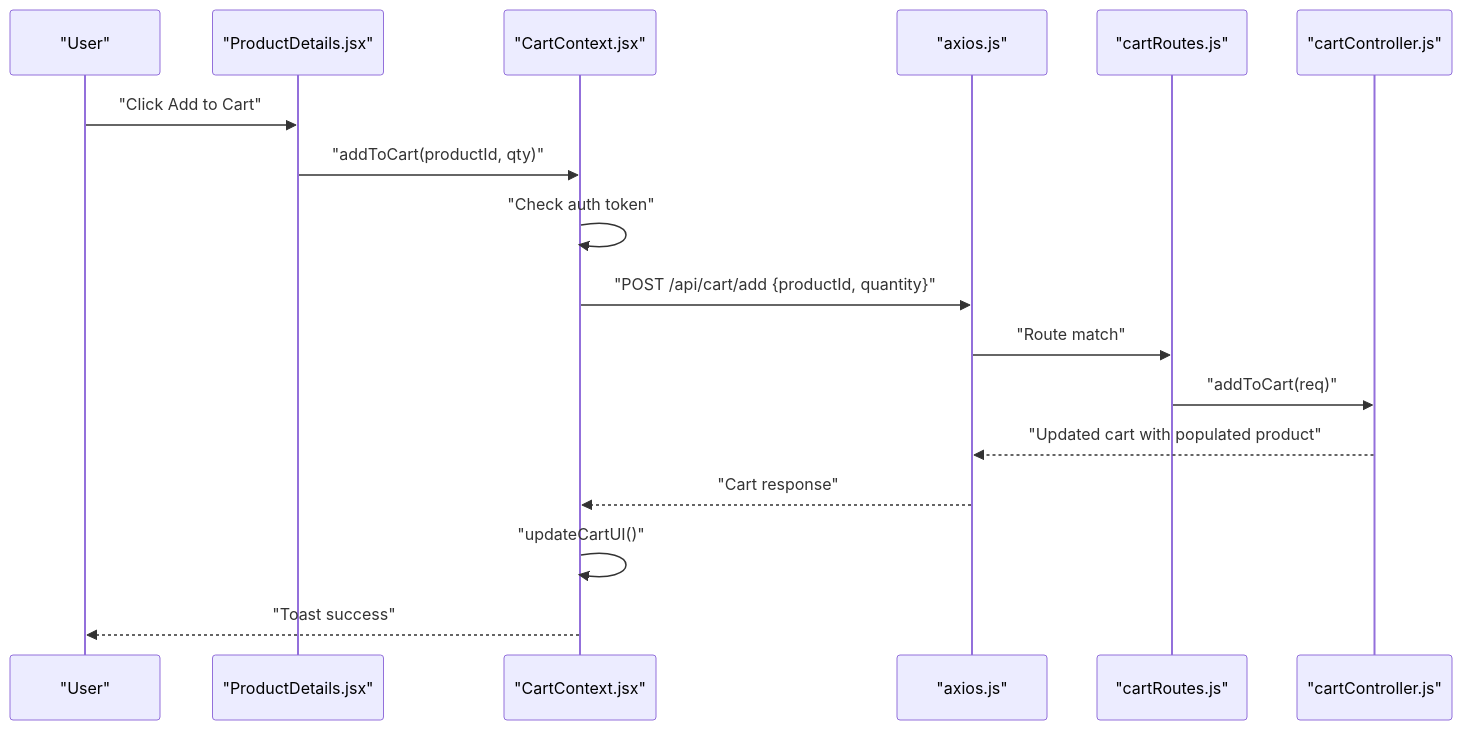
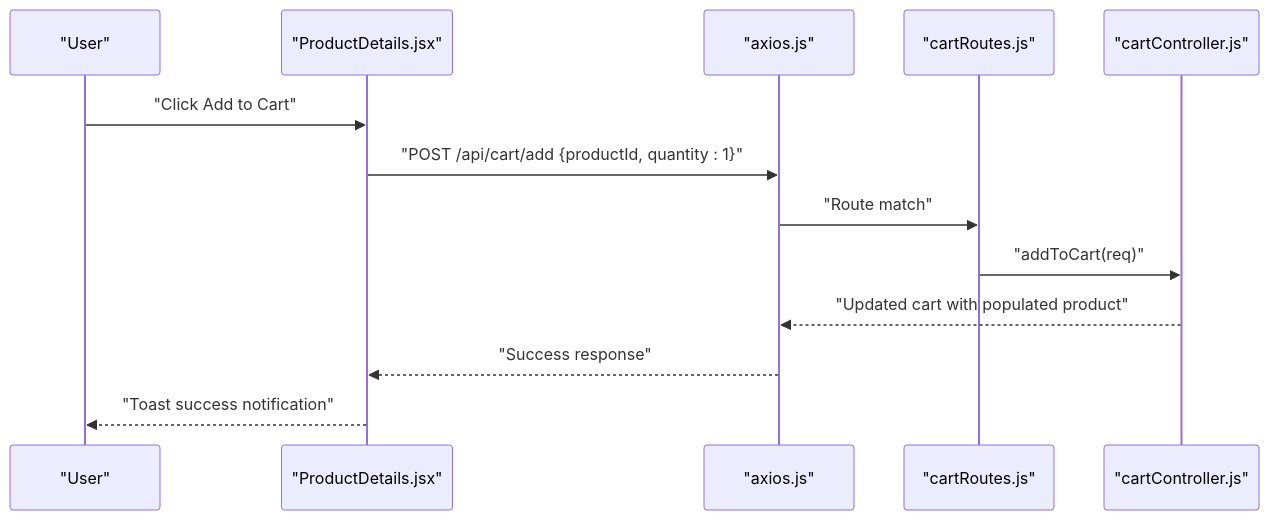
The fourth of 5 diagrams in .qoder/repowiki/en/content/Shopping Experience/Product Details & Selection.md (Pavan-PSPK9032/TrendsandToss), drawn with Mermaid before and after one commit. The commit also changed other lines of this file and 16 other files, not shown here.

````diff
--- a/.qoder/repowiki/en/content/Shopping Experience/Product Details & Selection.md
+++ b/.qoder/repowiki/en/content/Shopping Experience/Product Details & Selection.md
@@ -259,19 +291,15 @@
 ```mermaid
 sequenceDiagram
 participant U as "User"
 participant PD as "ProductDetails.jsx"
-participant CTX as "CartContext.jsx"
 participant AX as "axios.js"
 participant CR as "cartRoutes.js"
 participant CC as "cartController.js"
 U->>PD : "Click Add to Cart"
-PD->>CTX : "addToCart(productId, qty)"
-CTX->>CTX : "Check auth token"
-CTX->>AX : "POST /api/cart/add {productId, quantity}"
+PD->>AX : "POST /api/cart/add {productId, quantity : 1}"
 AX->>CR : "Route match"
 CR->>CC : "addToCart(req)"
 CC-->>AX : "Updated cart with populated product"
-AX-->>CTX : "Cart response"
-CTX->>CTX : "updateCartUI()"
-CTX-->>U : "Toast success"
+AX-->>PD : "Success response"
+PD-->>U : "Toast success notification"
 ```
````
